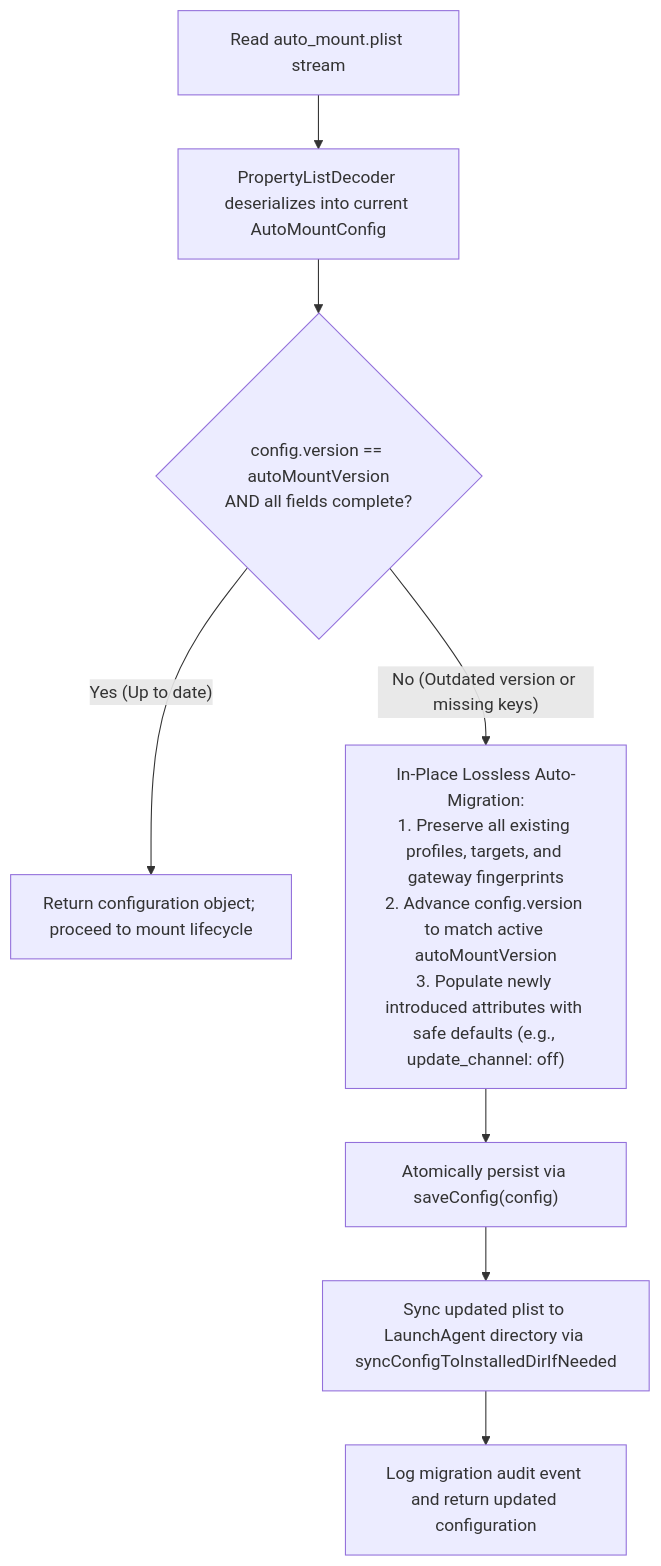
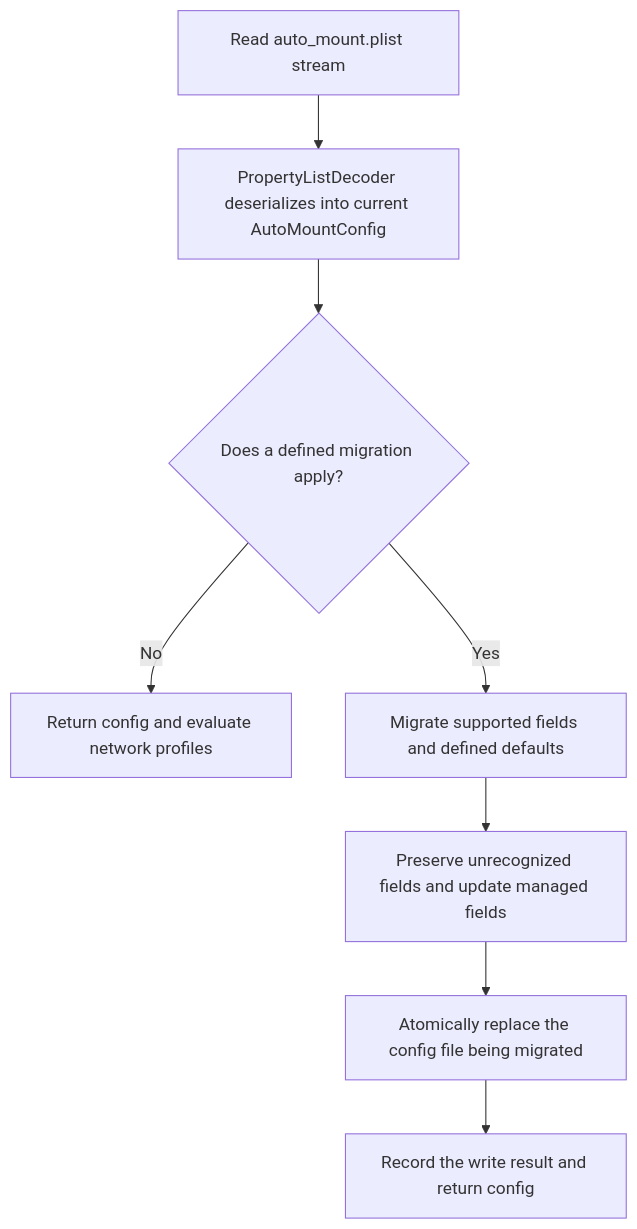
One commit to jiezhengj/automnt changed the third of 3 diagrams in ARCHITECTURE.en.md. Above: the diagram before and after it, drawn with Mermaid. The commit also changed other lines of this file and 74 other files, not shown here.

````diff
--- a/ARCHITECTURE.en.md
+++ b/ARCHITECTURE.en.md
@@ -376,13 +265,13 @@
 ```mermaid
 flowchart TD
     LoadPlist["Read auto_mount.plist stream"] --> Decode["PropertyListDecoder deserializes into current AutoMountConfig"]
-    Decode --> CheckVersion{"config.version == autoMountVersion\nAND all fields complete?"}
+    Decode --> CheckVersion{"Does a defined migration apply?"}
     
-    CheckVersion -- "Yes (Up to date)" --> FastReturn["Return configuration object; proceed to mount lifecycle"]
+    CheckVersion -- "No" --> FastReturn["Return config and evaluate network profiles"]
     
-    CheckVersion -- "No (Outdated version or missing keys)" --> SchemaUpgrade["In-Place Lossless Auto-Migration:\n1. Preserve all existing profiles, targets, and gateway fingerprints\n2. Advance config.version to match active autoMountVersion\n3. Populate newly introduced attributes with safe defaults (e.g., update_channel: off)"]
+    CheckVersion -- "Yes" --> SchemaUpgrade["Migrate supported fields and defined defaults"]
     
-    SchemaUpgrade --> AtomicSave["Atomically persist via saveConfig(config)"]
-    AtomicSave --> SyncRuntime["Sync updated plist to LaunchAgent directory via syncConfigToInstalledDirIfNeeded"]
-    SyncRuntime --> LogAudit["Log migration audit event and return updated configuration"]
+    SchemaUpgrade --> Preserve["Preserve unrecognized fields and update managed fields"]
+    Preserve --> AtomicSave["Atomically replace the config file being migrated"]
+    AtomicSave --> LogAudit["Record the write result and return config"]
 ```
````
